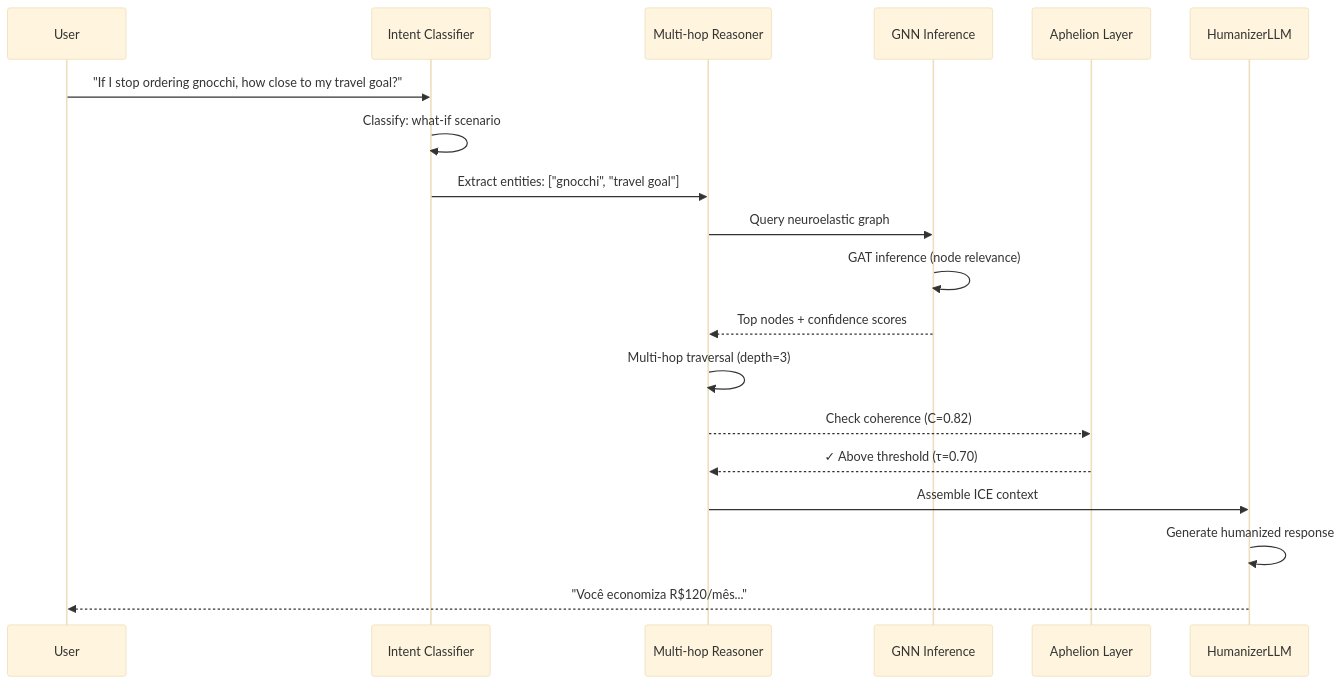
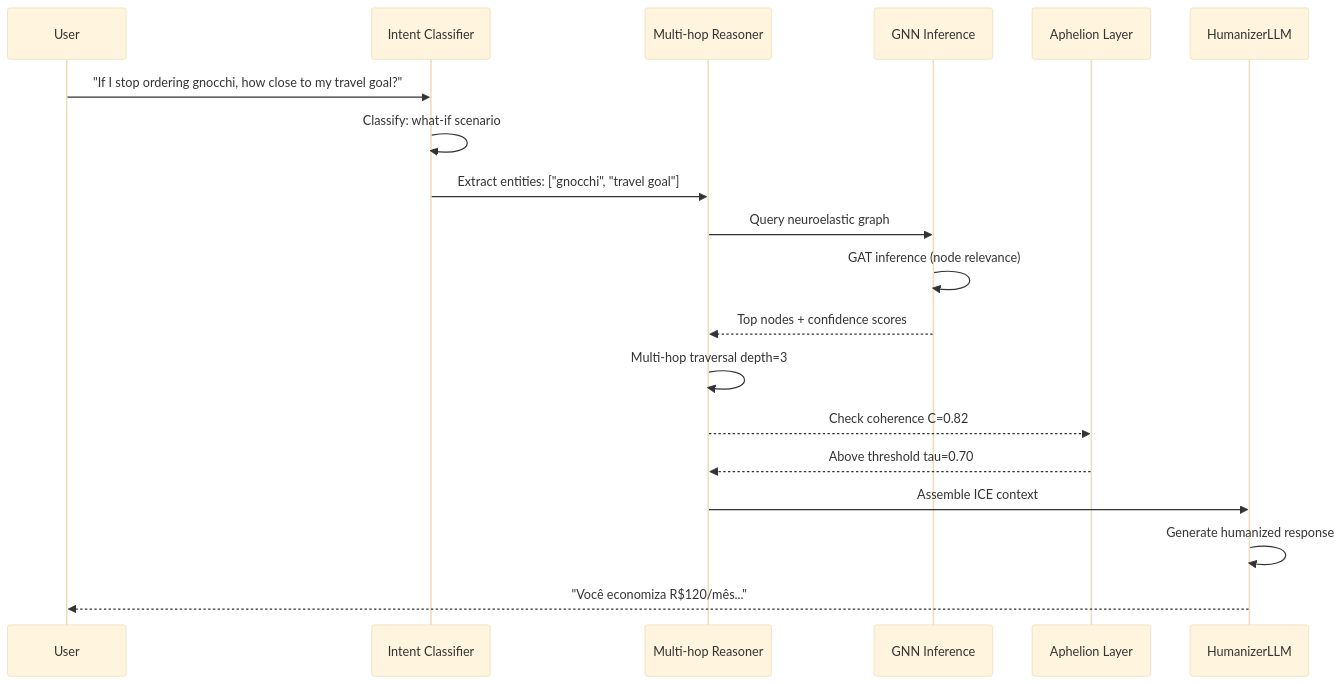
One commit to viniruggeri/midas-fdr changed the second of 4 diagrams in README.md. Above: the diagram before and after it, drawn with Mermaid (base theme). The commit also changed other lines of this file, not shown here.

Commit message:
fix: mermaid diagram syntax for GitHub rendering

````diff
--- a/README.md
+++ b/README.md
@@ -164,25 +164,25 @@
 ```mermaid
 sequenceDiagram
     participant U as User
     participant IC as Intent Classifier
     participant MH as Multi-hop Reasoner
     participant GNN as GNN Inference
     participant APH as Aphelion Layer
     participant LLM as HumanizerLLM
     
     U->>IC: "If I stop ordering gnocchi, how close to my travel goal?"
     IC->>IC: Classify: what-if scenario
     IC->>MH: Extract entities: ["gnocchi", "travel goal"]
     
     MH->>GNN: Query neuroelastic graph
     GNN->>GNN: GAT inference (node relevance)
     GNN-->>MH: Top nodes + confidence scores
     
-    MH->>MH: Multi-hop traversal (depth=3)
-    MH-->>APH: Check coherence (C=0.82)
-    APH-->>MH: ✓ Above threshold (τ=0.70)
+    MH->>MH: Multi-hop traversal depth=3
+    MH-->>APH: Check coherence C=0.82
+    APH-->>MH: Above threshold tau=0.70
     
     MH->>LLM: Assemble ICE context
     LLM->>LLM: Generate humanized response
     LLM-->>U: "Você economiza R$120/mês..."
 ```
````
